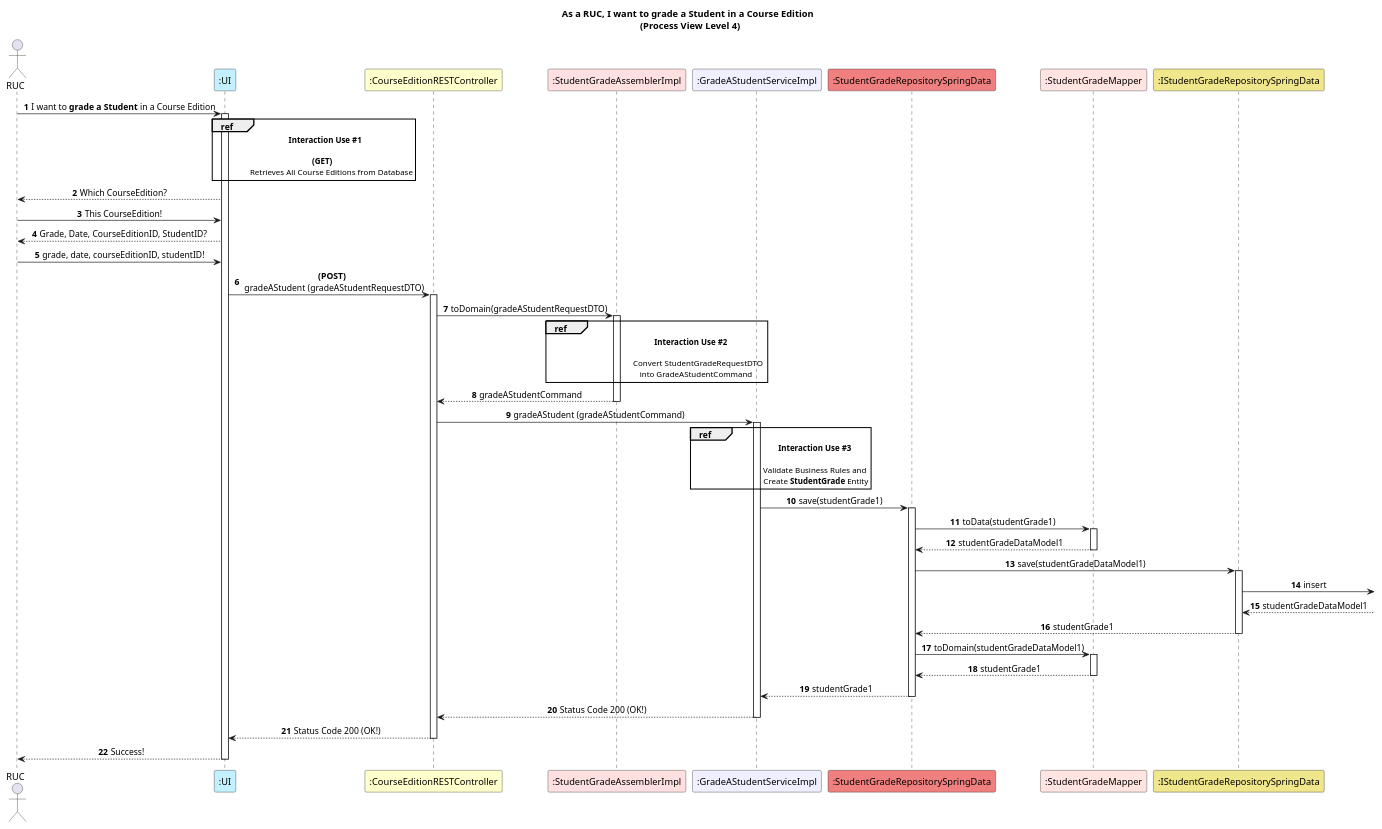
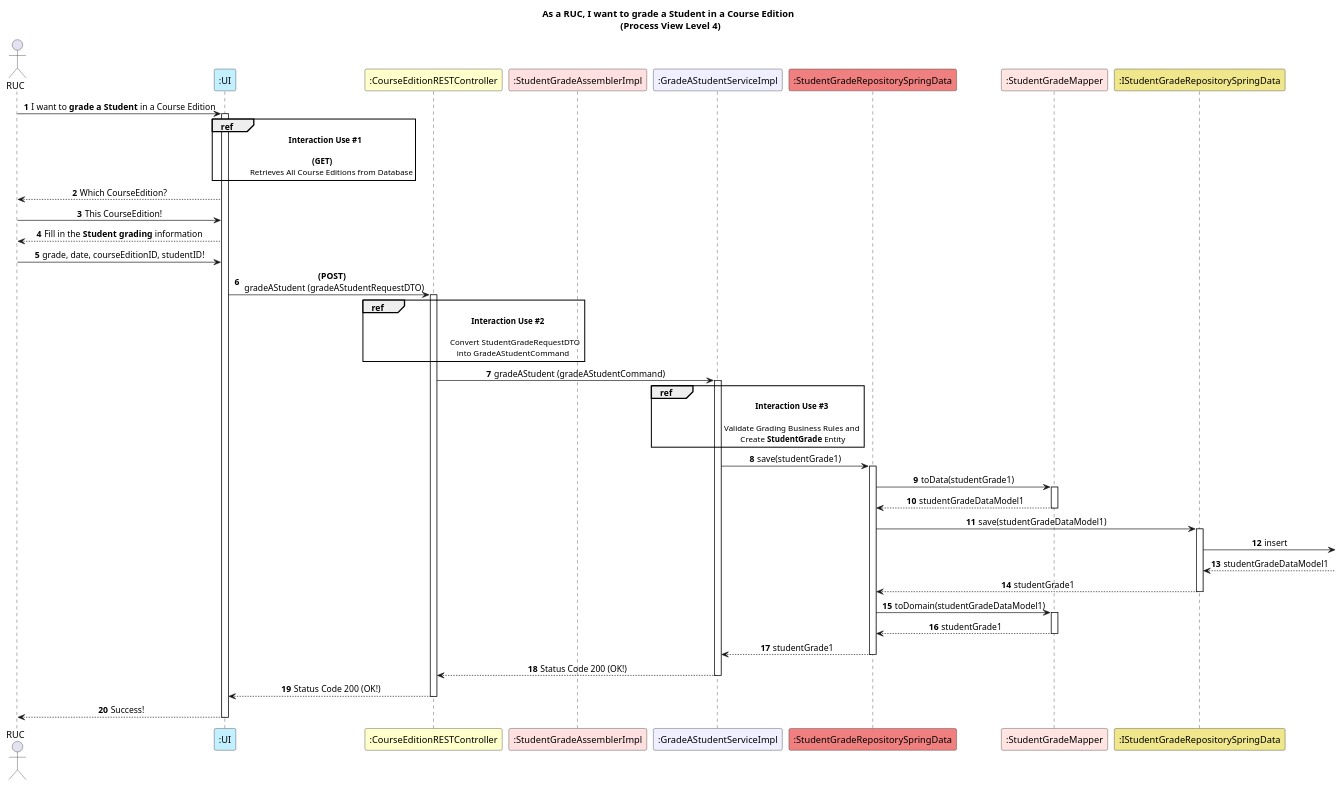
The diagram in docs/US22/REST_API/ProcessView/Level4.puml (GasparISEP/DevOps-PAI), drawn with PlantUML before and after one commit. The commit also changed 9 other files, not shown here.

Commit message:
Refs #560: Elaborate Interaction Use #2 in US22  - RESTAPI documentation and made small changes to level 4 ProcessView diagram

```diff
--- a/docs/US22/REST_API/ProcessView/Level4.puml
+++ b/docs/US22/REST_API/ProcessView/Level4.puml
@@ -1,61 +1,58 @@
 @startuml
 
 title As a RUC, I want to grade a Student in a Course Edition \n (Process View Level 4)
 skinparam sequencemessagealign center
 autonumber
 
 actor RUC
 participant ":UI" as ui #application
 participant ":CourseEditionRESTController" as ctrlrREST #business
 participant ":StudentGradeAssemblerImpl" as assembler #implementation
 participant ":GradeAStudentServiceImpl" as service #motivation
 participant ":StudentGradeRepositorySpringData" as sgr #lightcoral
 participant ":StudentGradeMapper" as sgmp #mistyrose
 participant ":IStudentGradeRepositorySpringData" as IStudentGradeRepoSpringData #khaki
 
 
 RUC -> ui : I want to **grade a Student** in a Course Edition
 activate ui
 
 ref over ui : \t    **Interaction Use #1** \n \n \t **(GET)** \n \t \t Retrieves All Course Editions from Database
 
 ui --> RUC : Which CourseEdition?
 RUC -> ui : This CourseEdition!
 
-ui --> RUC : Grade, Date, CourseEditionID, StudentID?
+ui --> RUC : Fill in the **Student grading** information
 RUC -> ui : grade, date, courseEditionID, studentID!
 ui -> ctrlrREST : **(POST)** \n gradeAStudent (gradeAStudentRequestDTO)
 activate ctrlrREST
-ctrlrREST -> assembler : toDomain(gradeAStudentRequestDTO)
-activate assembler
-ref over assembler : \t \t \t \t  **Interaction Use #2** \n \n \t \t \t \t \t Convert StudentGradeRequestDTO \n \t \t \t \t      into GradeAStudentCommand
-assembler --> ctrlrREST : gradeAStudentCommand
-deactivate assembler
+
+ref over ctrlrREST : \t \t \t \t  **Interaction Use #2** \n \n \t \t \t \t \t Convert StudentGradeRequestDTO \n \t \t \t \t      into GradeAStudentCommand
 
 
 ctrlrREST -> service : gradeAStudent (gradeAStudentCommand)
 activate service
-ref over service : \t \t \t \t  **Interaction Use #3** \n \n \t \t \t          Validate Business Rules and \n \t \t \t \t  Create **StudentGrade** Entity
+ref over service : \t \t \t \t  **Interaction Use #3** \n \n \t \t \t          Validate Grading Business Rules and \n \t \t \t \t  Create **StudentGrade** Entity
 service -> sgr : save(studentGrade1)
 activate sgr
 sgr -> sgmp : toData(studentGrade1)
 activate sgmp
 sgmp --> sgr : studentGradeDataModel1
 deactivate sgmp
 sgr -> IStudentGradeRepoSpringData : save(studentGradeDataModel1)
 activate IStudentGradeRepoSpringData
 IStudentGradeRepoSpringData ->  : insert
 IStudentGradeRepoSpringData <--  : studentGradeDataModel1
 IStudentGradeRepoSpringData --> sgr : studentGrade1
 deactivate IStudentGradeRepoSpringData
 sgr -> sgmp : toDomain(studentGradeDataModel1)
 activate sgmp
 sgmp --> sgr : studentGrade1
 deactivate sgmp
 sgr --> service -- : studentGrade1
 service --> ctrlrREST -- : Status Code 200 (OK!)
 ctrlrREST --> ui -- : Status Code 200 (OK!)
 ui --> RUC : Success!
 deactivate ui
 
 @enduml
```
